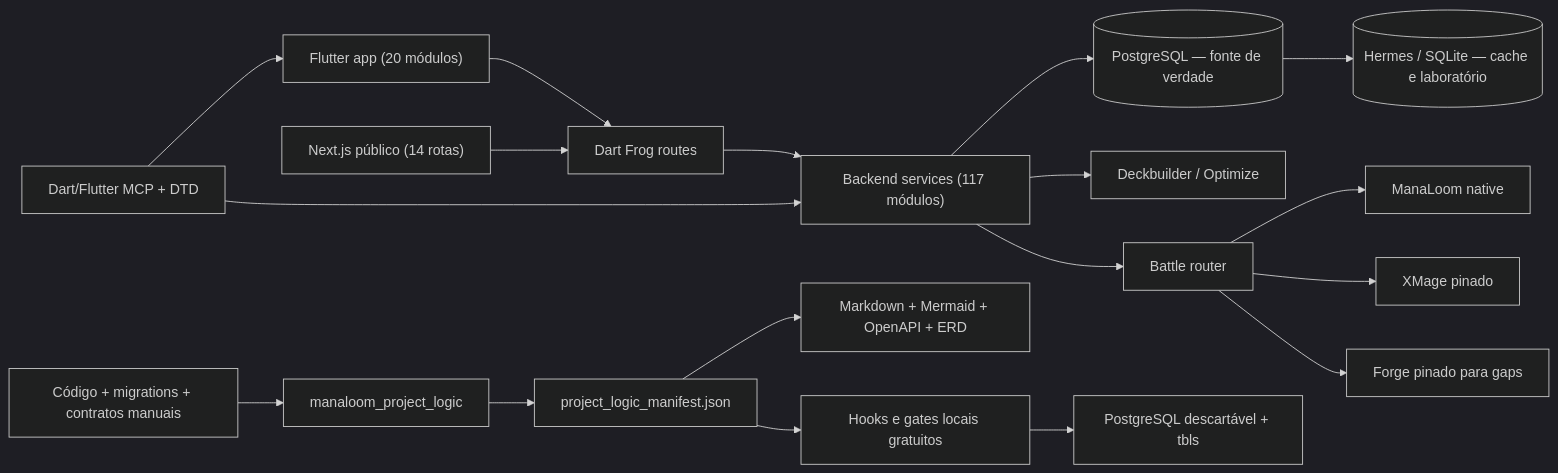
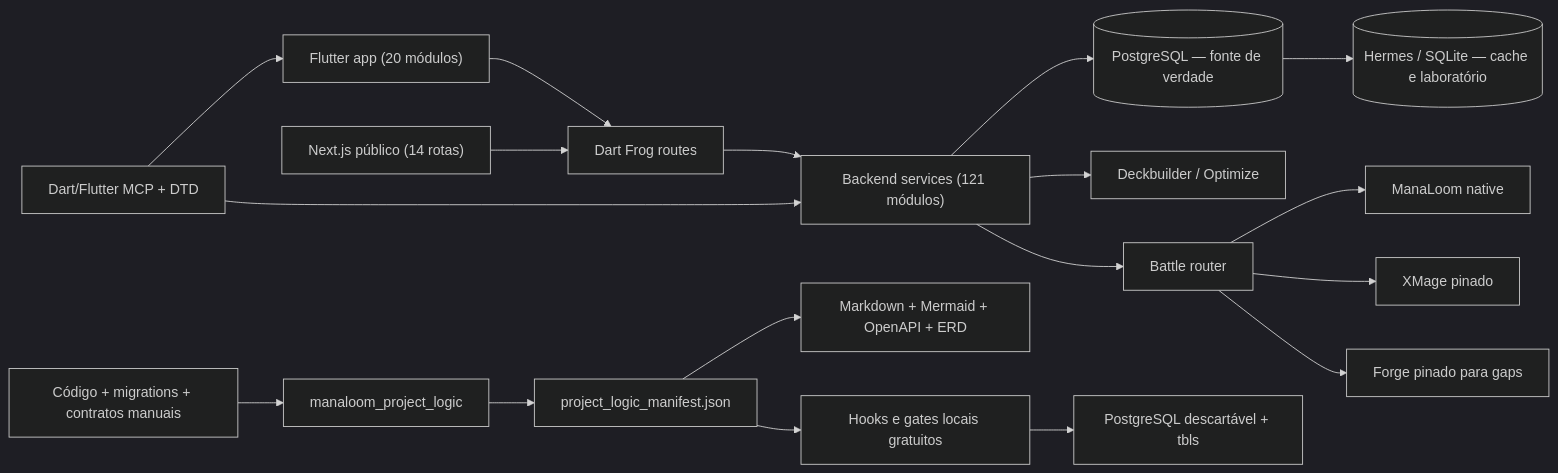
Before and after one commit to softwarePredador/mtgia: the diagram in docs/generated/ARCHITECTURE.md, drawn with Mermaid (dark theme). The commit also changed 74 other files, not shown here.

````diff
--- a/docs/generated/ARCHITECTURE.md
+++ b/docs/generated/ARCHITECTURE.md
@@ -5,20 +5,20 @@
 ```mermaid
 flowchart LR
     UI["Flutter app (20 módulos)"] --> API["Dart Frog routes"]
     WEB["Next.js público (14 rotas)"] --> API
-    API --> DOMAIN["Backend services (117 módulos)"]
+    API --> DOMAIN["Backend services (121 módulos)"]
     DOMAIN --> PG[("PostgreSQL — fonte de verdade")]
     DOMAIN --> AI["Deckbuilder / Optimize"]
     DOMAIN --> BATTLE["Battle router"]
     BATTLE --> NATIVE["ManaLoom native"]
     BATTLE --> XMAGE["XMage pinado"]
     BATTLE --> FORGE["Forge pinado para gaps"]
     PG --> HERMES[("Hermes / SQLite — cache e laboratório")]
     SRC["Código + migrations + contratos manuais"] --> GEN["manaloom_project_logic"]
     GEN --> MANIFEST["project_logic_manifest.json"]
     MANIFEST --> DOCS["Markdown + Mermaid + OpenAPI + ERD"]
     MANIFEST --> LOCAL["Hooks e gates locais gratuitos"]
     LOCAL --> TBLS["PostgreSQL descartável + tbls"]
     MCP["Dart/Flutter MCP + DTD"] --> UI
     MCP --> DOMAIN
 ```
````
